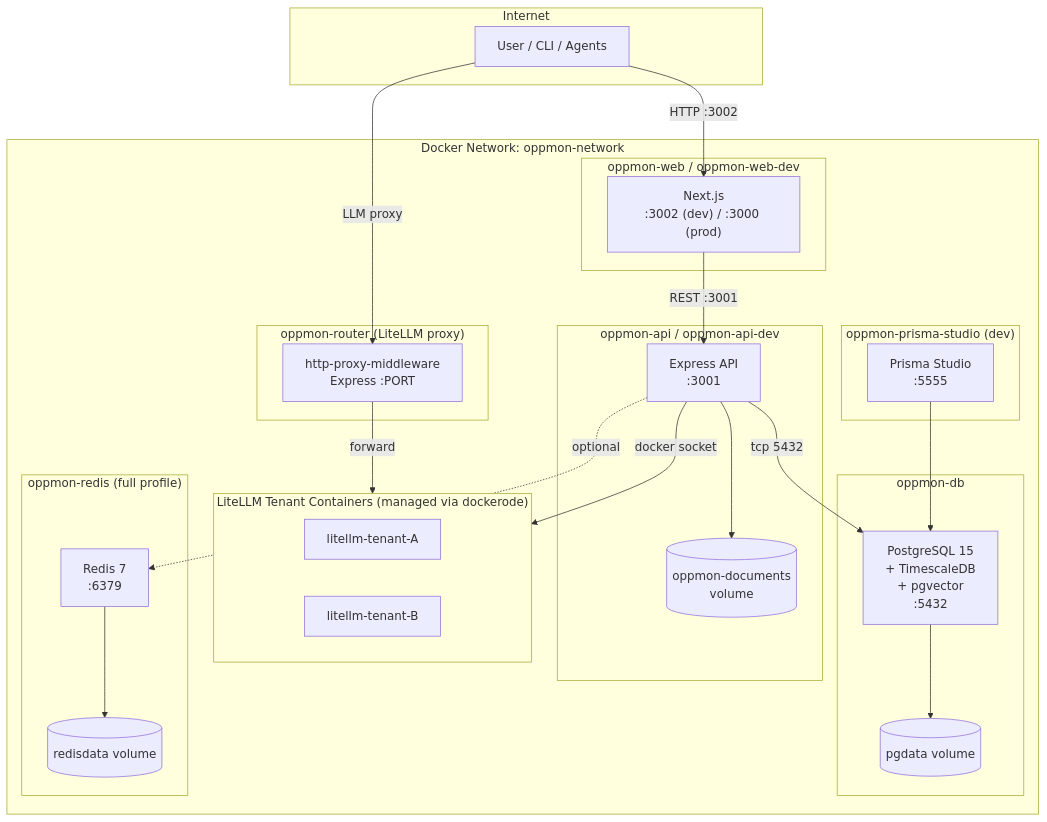
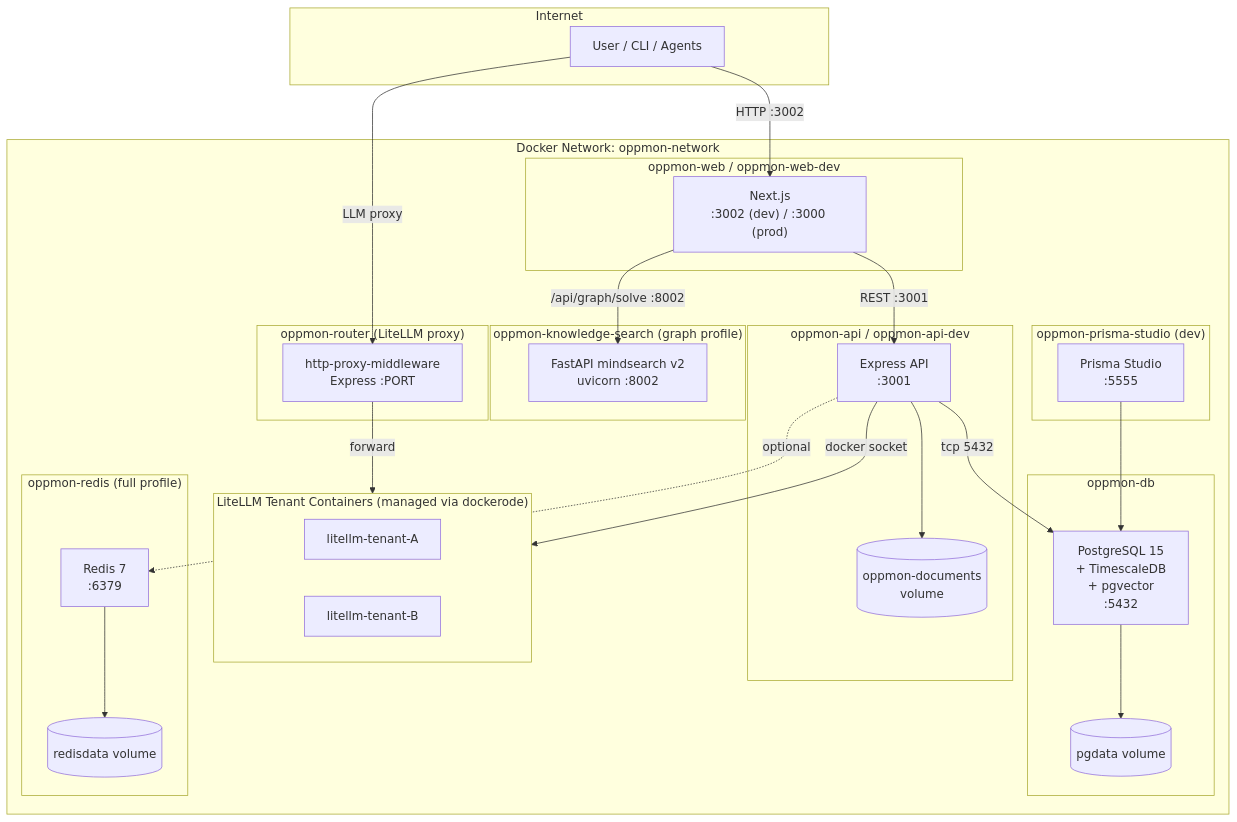
Before and after one commit to thachrocky12345/oppmon-agentic-workstation: the diagram in docs/diagrams/deployment.md, drawn with Mermaid. The commit also changed other lines of this file and 54 other files, not shown here.

````diff
--- a/docs/diagrams/deployment.md
+++ b/docs/diagrams/deployment.md
@@ -9,52 +9,57 @@
 ```mermaid
 graph TB
     subgraph Internet["Internet"]
         User["User / CLI / Agents"]
     end
 
     subgraph DockerNetwork["Docker Network: oppmon-network"]
         subgraph WebContainer["oppmon-web / oppmon-web-dev"]
             NextJS["Next.js<br/>:3002 (dev) / :3000 (prod)"]
         end
 
         subgraph APIContainer["oppmon-api / oppmon-api-dev"]
             Express["Express API<br/>:3001"]
             DocVol[("oppmon-documents<br/>volume")]
         end
 
         subgraph RouterContainer["oppmon-router (LiteLLM proxy)"]
             RouterSvc["http-proxy-middleware<br/>Express :PORT"]
+        end
+
+        subgraph KSBContainer["oppmon-knowledge-search (graph profile)"]
+            KSBSvc["FastAPI mindsearch v2<br/>uvicorn :8002"]
         end
 
         subgraph LiteLLMSwarm["LiteLLM Tenant Containers (managed via dockerode)"]
             LL1["litellm-tenant-A"]
             LL2["litellm-tenant-B"]
         end
 
         subgraph DBContainer["oppmon-db"]
             Postgres["PostgreSQL 15<br/>+ TimescaleDB<br/>+ pgvector<br/>:5432"]
             PGData[("pgdata volume")]
         end
 
         subgraph RedisContainer["oppmon-redis (full profile)"]
             Redis["Redis 7<br/>:6379"]
             RedisData[("redisdata volume")]
         end
 
         subgraph StudioContainer["oppmon-prisma-studio (dev)"]
             Studio["Prisma Studio<br/>:5555"]
         end
     end
 
     User -->|HTTP :3002| NextJS
     NextJS -->|REST :3001| Express
+    NextJS -->|/api/graph/solve :8002| KSBSvc
     User -->|LLM proxy| RouterSvc
     RouterSvc -->|forward| LiteLLMSwarm
     Express -->|tcp 5432| Postgres
     Express -.->|optional| Redis
     Express -->|docker socket| LiteLLMSwarm
     Express --> DocVol
     Studio --> Postgres
     Postgres --> PGData
     Redis --> RedisData
 ```
````
